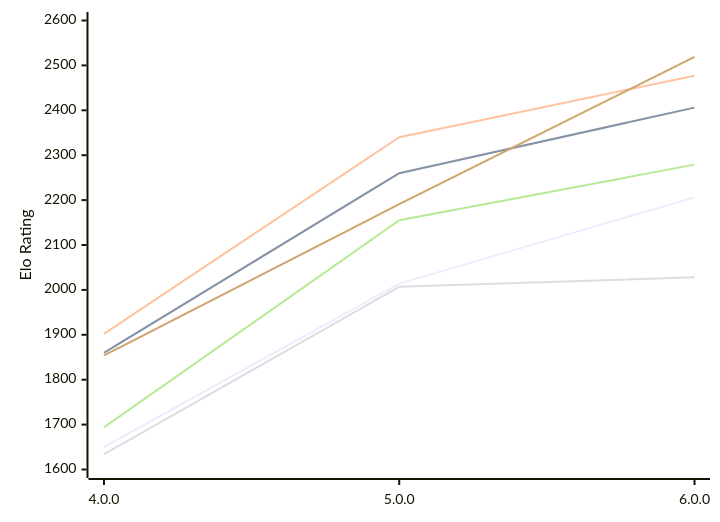
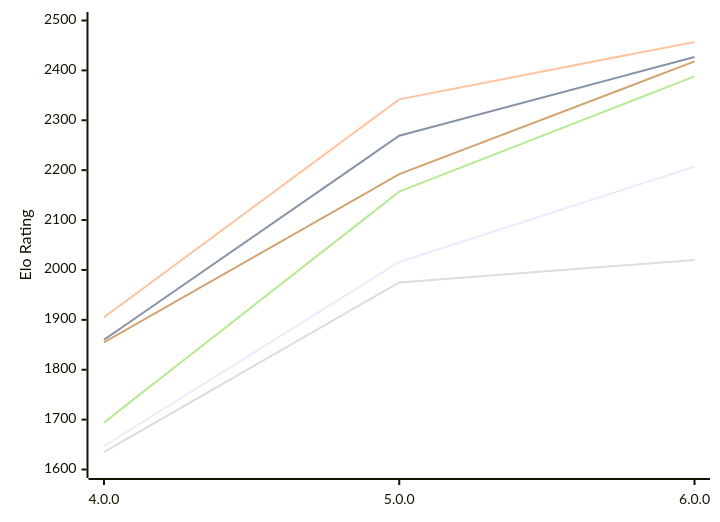
Before and after one commit to computer-chess-index/cci: the first of 2 diagrams in engines/Laura.md, drawn with Mermaid. The commit also changed other lines of this file, not shown here.

Commit message:
Update CCI Ratings (ELO VLTC) - 2026-11-16

````diff
--- a/engines/Laura.md
+++ b/engines/Laura.md
@@ -54,12 +54,12 @@
 ```mermaid
 %%{init: {"theme":"base","themeVariables":{"seriesColors:['#a3a3a3','#222221','#faa371']}}}%%
 xychart-beta
   x-axis ["4.0.0", "5.0.0", "6.0.0"]
-  y-axis "Elo Rating" 1600 --> 2600
-  line "E1: STC (8.0+0.08s)" [1650, 2014, 2206]
-  line "E1: LTC (60.0+0.60s)" [1860, 2260, 2406]
-  line "E1: VLTC (2m24s+1.12s)" [1902, 2340, 2477]
-  line "P1: STC (8.0+0.08s)" [1634, 2007, 2028]
-  line "P1: LTC (60.0+0.60s)" [1694, 2155, 2279]
-  line "P1: VLTC (2m24s+1.12s)" [1854, 2191, 2519]
+  y-axis "Elo Rating" 1600 --> 2500
+  line "E1: STC (8.0+0.08s)" [1647, 2016, 2207]
+  line "E1: LTC (60.0+0.60s)" [1860, 2269, 2427]
+  line "E1: VLTC (2m24s+1.12s)" [1905, 2342, 2457]
+  line "P1: STC (8.0+0.08s)" [1635, 1975, 2020]
+  line "P1: LTC (60.0+0.60s)" [1694, 2157, 2388]
+  line "P1: VLTC (2m24s+1.12s)" [1855, 2192, 2418]
 ```
````
